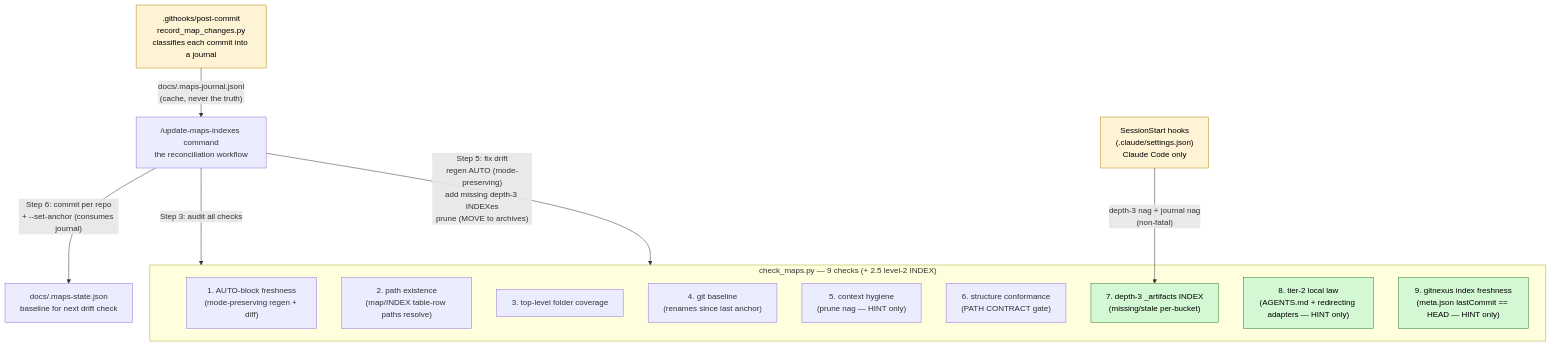
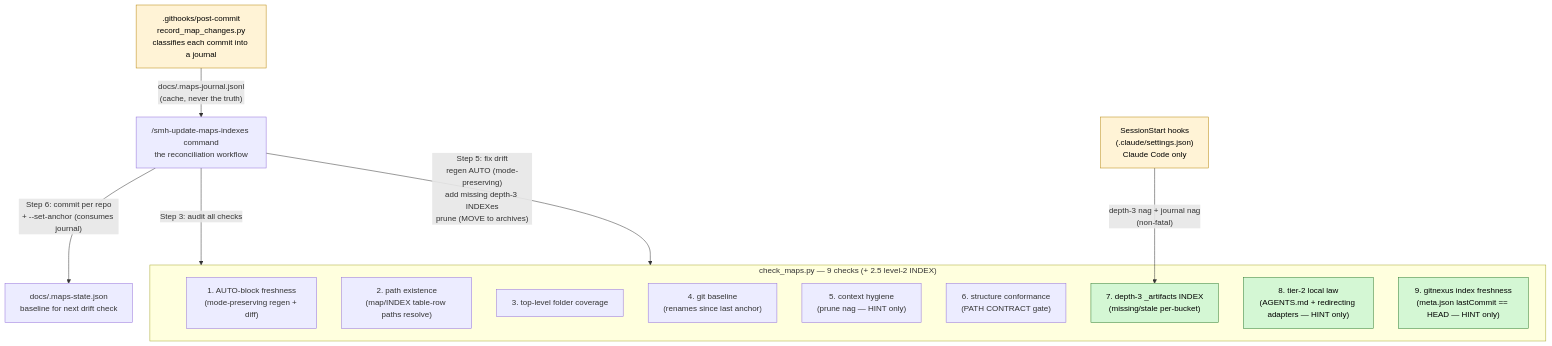
Before and after one commit to sudomadhatter/Sudo_Hatter_Command: the fifth of 6 diagrams in _my_resources/diagrams_guides/system/file_folder_structure+maintaining.md, drawn with Mermaid. The commit also changed other lines of this file and 402 other files, not shown here.

````diff
--- a/_my_resources/diagrams_guides/system/file_folder_structure+maintaining.md
+++ b/_my_resources/diagrams_guides/system/file_folder_structure+maintaining.md
@@ -183,30 +183,30 @@
 ```mermaid
 flowchart TD
     subgraph LINTER ["check_maps.py — 9 checks (+ 2.5 level-2 INDEX)"]
         C1["1. AUTO-block freshness\n(mode-preserving regen + diff)"]
         C2["2. path existence\n(map/INDEX table-row paths resolve)"]
         C3["3. top-level folder coverage"]
         C4["4. git baseline\n(renames since last anchor)"]
         C5["5. context hygiene\n(prune nag — HINT only)"]
         C6["6. structure conformance\n(PATH CONTRACT gate)"]
         C7["7. depth-3 _artifacts INDEX\n(missing/stale per-bucket)"]
         C8["8. tier-2 local law\n(AGENTS.md + redirecting adapters — HINT only)"]
         C9["9. gitnexus index freshness\n(meta.json lastCommit == HEAD — HINT only)"]
     end
 
     REC[".githooks/post-commit\nrecord_map_changes.py\nclassifies each commit into a journal"]
     REC -->|"docs/.maps-journal.jsonl\n(cache, never the truth)"| WORKFLOW
 
     HOOK["SessionStart hooks\n(.claude/settings.json)\nClaude Code only"]
     HOOK -->|"depth-3 nag + journal nag\n(non-fatal)"| C7
 
-    WORKFLOW["/update-maps-indexes command\nthe reconciliation workflow"]
+    WORKFLOW["/smh-update-maps-indexes command\nthe reconciliation workflow"]
     WORKFLOW -->|"Step 3: audit all checks"| LINTER
     WORKFLOW -->|"Step 5: fix drift\nregen AUTO (mode-preserving)\nadd missing depth-3 INDEXes\nprune (MOVE to archives)"| LINTER
     WORKFLOW -->|"Step 6: commit per repo\n+ --set-anchor (consumes journal)"| ANCHOR["docs/.maps-state.json\nbaseline for next drift check"]
 
     classDef hook fill:#fff3d6,stroke:#b8860b,color:#000
     classDef depth3 fill:#d4f7d4,stroke:#2e7d32,color:#000
     class HOOK,REC hook
     class C7,C8,C9 depth3
 ```
````
